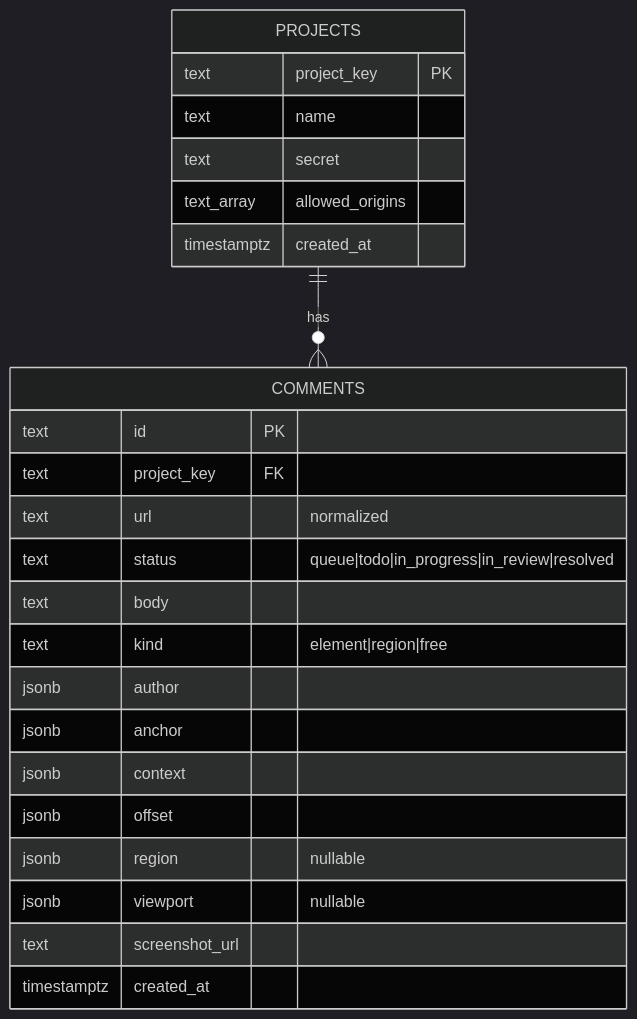
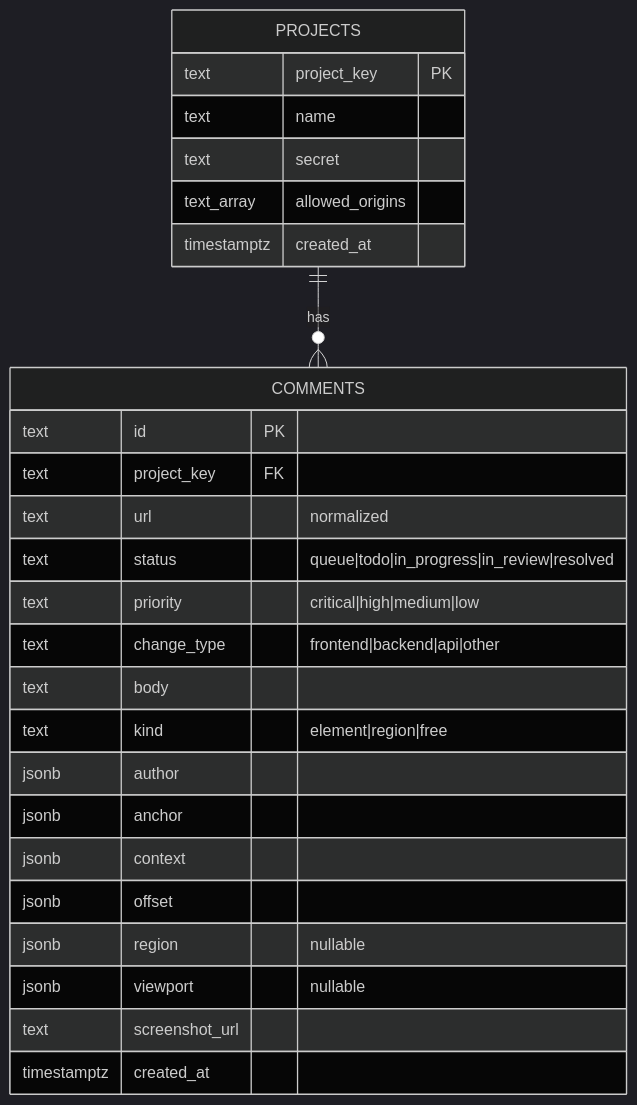
The seventh of 8 diagrams in docs/ARCHITECTURE.md (mohamed-ashraf-elsaed/loupe), drawn with Mermaid (dark theme) before and after one commit. The commit also changed 39 other files, not shown here.

````diff
--- a/docs/ARCHITECTURE.md
+++ b/docs/ARCHITECTURE.md
@@ -217,27 +217,29 @@
 ```mermaid
 erDiagram
   PROJECTS ||--o{ COMMENTS : has
   PROJECTS {
     text project_key PK
     text name
     text secret
     text_array allowed_origins
     timestamptz created_at
   }
   COMMENTS {
     text id PK
     text project_key FK
     text url "normalized"
     text status "queue|todo|in_progress|in_review|resolved"
+    text priority "critical|high|medium|low"
+    text change_type "frontend|backend|api|other"
     text body
     text kind "element|region|free"
     jsonb author
     jsonb anchor
     jsonb context
     jsonb offset
     jsonb region "nullable"
     jsonb viewport "nullable"
     text screenshot_url
     timestamptz created_at
   }
 ```
````
